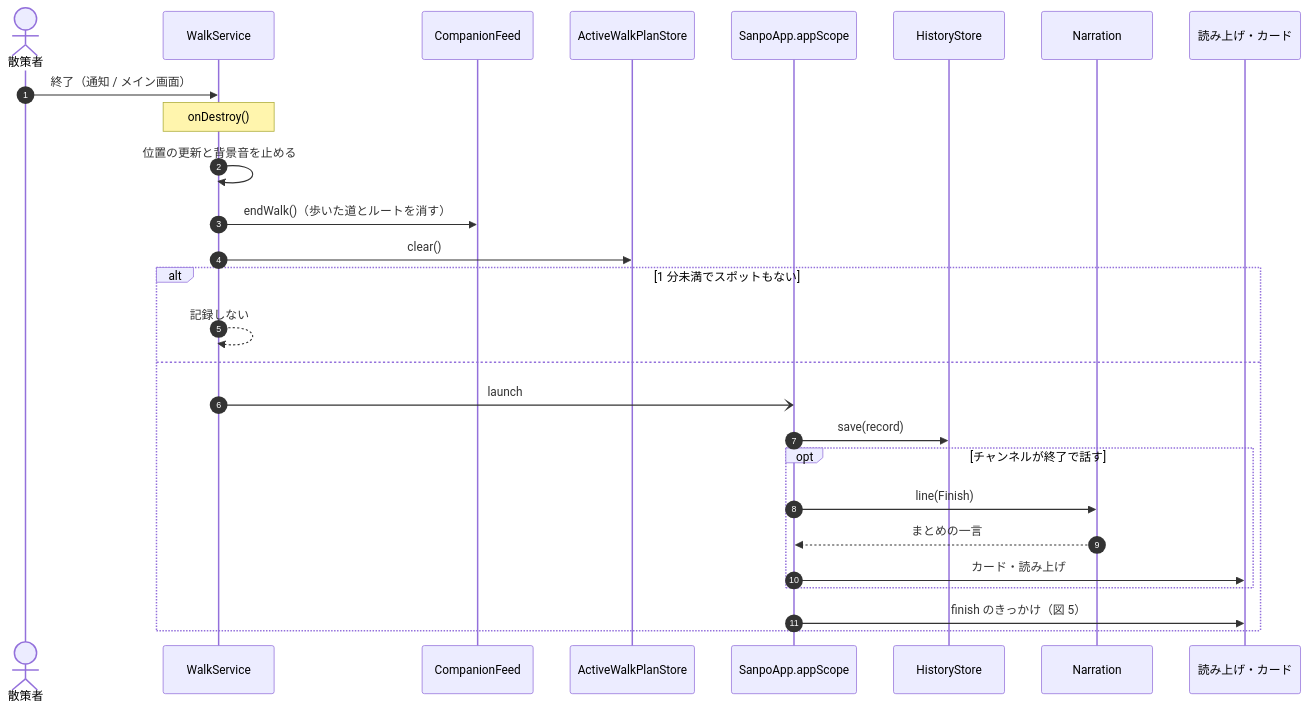
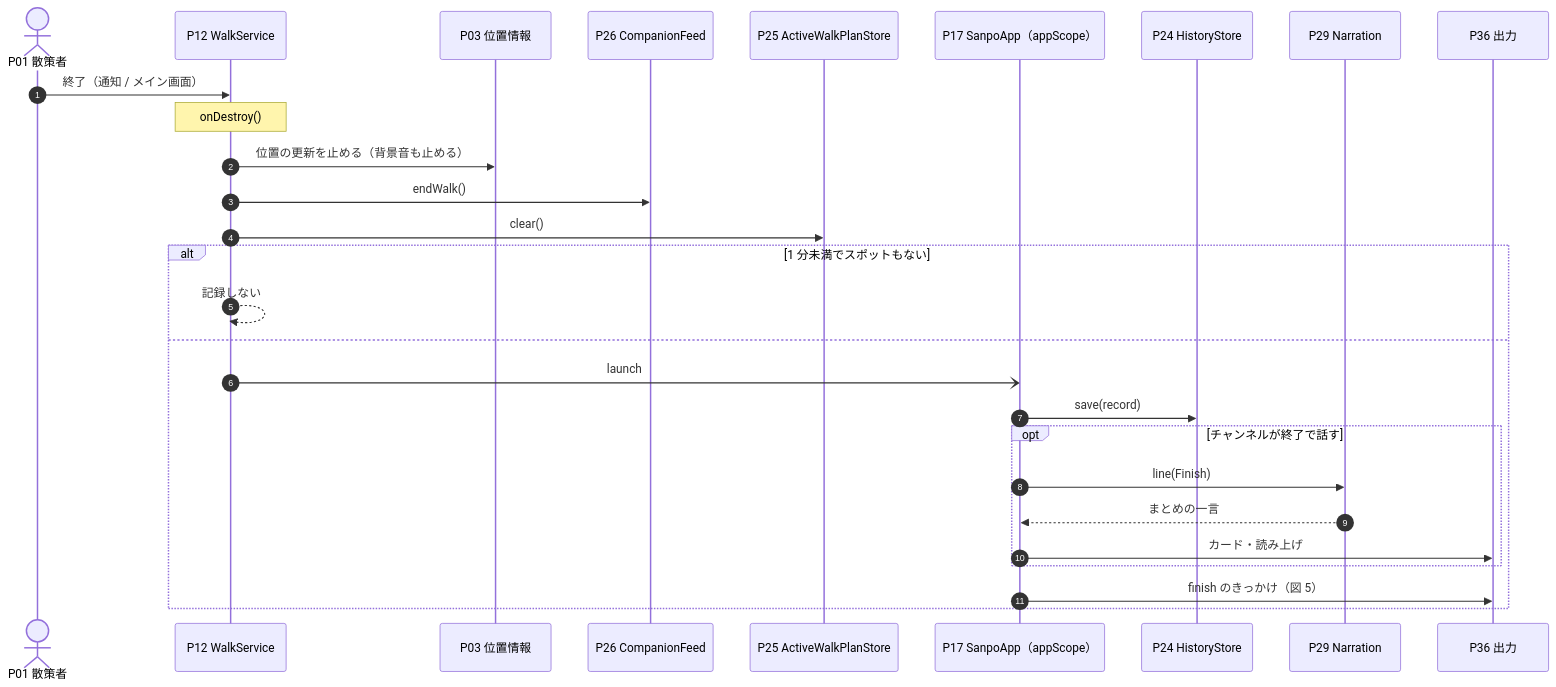
Before and after one commit to duwenji/yorisoi-sanpoguide: the ninth of 9 diagrams in docs/sequences.md, drawn with Mermaid. The commit also changed other lines of this file, not shown here.

First line of the commit message:
docs: detail each step of the sequence diagrams

````diff
--- a/docs/sequences.md
+++ b/docs/sequences.md
@@ -369,30 +598,31 @@
 ```mermaid
 sequenceDiagram
   autonumber
-  actor W as 散策者
-  participant WS as WalkService
-  participant Feed as CompanionFeed
-  participant Plan as ActiveWalkPlanStore
-  participant Scope as SanpoApp.appScope
-  participant Hist as HistoryStore
-  participant Nar as Narration
-  participant Out as 読み上げ・カード
+  actor W as P01 散策者
+  participant WS as P12 WalkService
+  participant Loc as P03 位置情報
+  participant Feed as P26 CompanionFeed
+  participant Plan as P25 ActiveWalkPlanStore
+  participant App as P17 SanpoApp（appScope）
+  participant Hist as P24 HistoryStore
+  participant Nar as P29 Narration
+  participant Out as P36 出力
 
   W->>WS: 終了（通知 / メイン画面）
   Note over WS: onDestroy()
-  WS->>WS: 位置の更新と背景音を止める
-  WS->>Feed: endWalk()（歩いた道とルートを消す）
+  WS->>Loc: 位置の更新を止める（背景音も止める）
+  WS->>Feed: endWalk()
   WS->>Plan: clear()
   alt 1 分未満でスポットもない
     WS-->>WS: 記録しない
   else
-    WS-)Scope: launch
-    Scope->>Hist: save(record)
+    WS-)App: launch
+    App->>Hist: save(record)
     opt チャンネルが終了で話す
-      Scope->>Nar: line(Finish)
-      Nar-->>Scope: まとめの一言
-      Scope->>Out: カード・読み上げ
+      App->>Nar: line(Finish)
+      Nar-->>App: まとめの一言
+      App->>Out: カード・読み上げ
     end
-    Scope->>Out: finish のきっかけ（図 5）
+    App->>Out: finish のきっかけ（図 5）
   end
 ```
````
